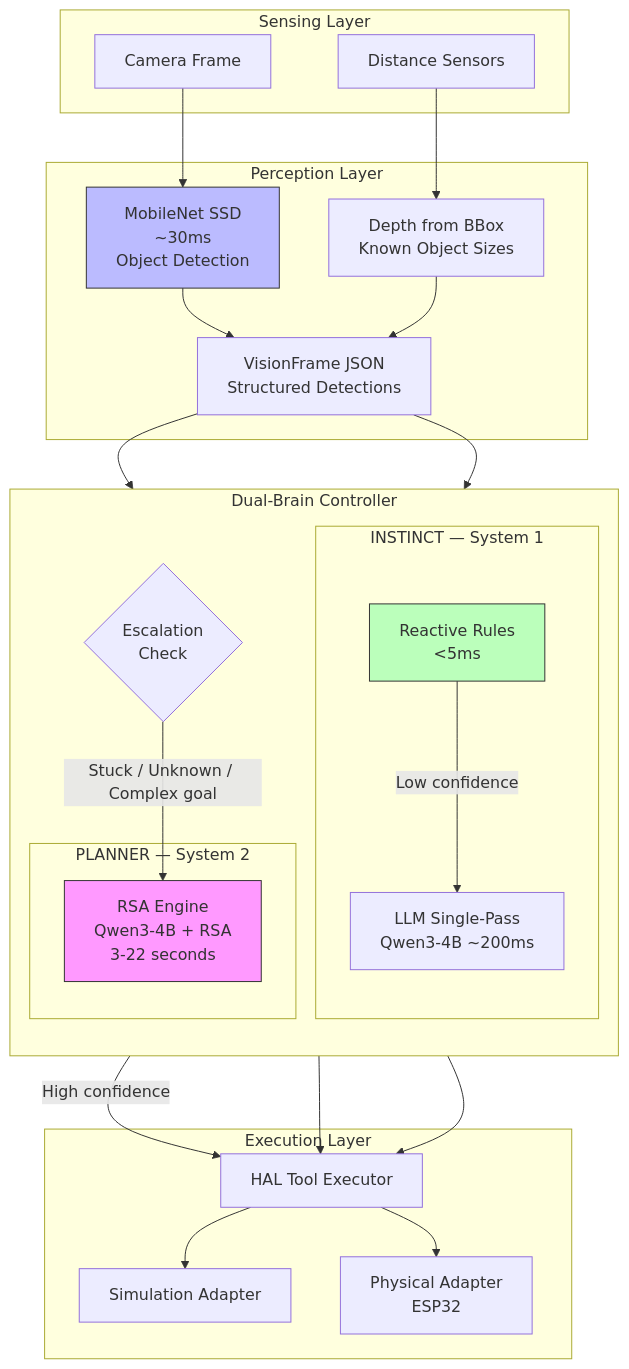
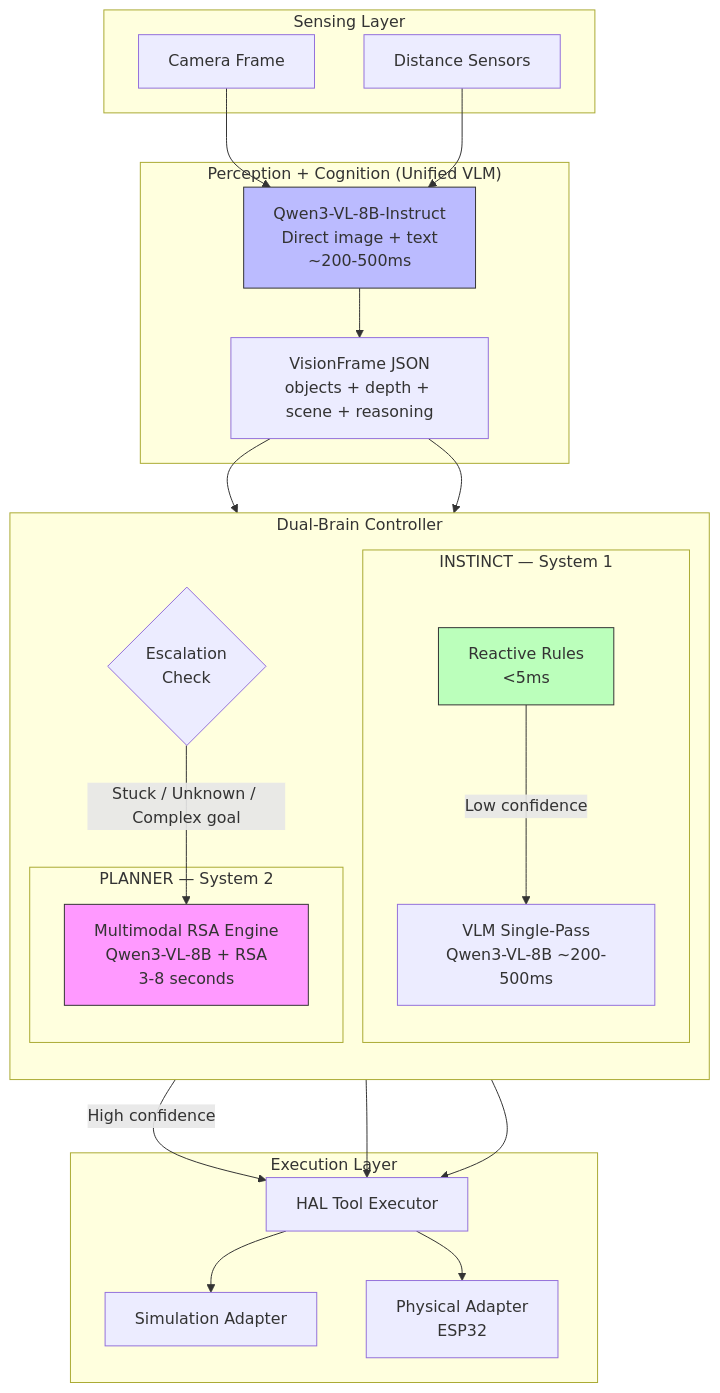
One commit to EvolvingAgentsLabs/llmos changed diagram 29 of 33 in docs/architecture/ARCHITECTURE.md. Above: the diagram before and after it, drawn with Mermaid. The commit also changed other lines of this file and 6 other files, not shown here.

First line of the commit message:
feat: Add multimodal RSA, remove fallback options, focus on Qwen3-VL-8B

````diff
--- a/docs/architecture/ARCHITECTURE.md
+++ b/docs/architecture/ARCHITECTURE.md
@@ -1251,53 +1253,51 @@
 ```mermaid
 graph TB
     subgraph "Sensing Layer"
         CAM[Camera Frame]
         SEN[Distance Sensors]
     end
 
-    subgraph "Perception Layer"
-        MN[MobileNet SSD<br/>~30ms<br/>Object Detection]
-        DF[Depth from BBox<br/>Known Object Sizes]
-        VF[VisionFrame JSON<br/>Structured Detections]
+    subgraph "Perception + Cognition (Unified VLM)"
+        VLM[Qwen3-VL-8B-Instruct<br/>Direct image + text<br/>~200-500ms]
+        VF[VisionFrame JSON<br/>objects + depth + scene + reasoning]
     end
 
     subgraph "Dual-Brain Controller"
         direction TB
         subgraph "INSTINCT — System 1"
             RI[Reactive Rules<br/>&lt;5ms]
-            LI[LLM Single-Pass<br/>Qwen3-4B ~200ms]
+            LI[VLM Single-Pass<br/>Qwen3-VL-8B ~200-500ms]
         end
 
         subgraph "PLANNER — System 2"
-            RSA[RSA Engine<br/>Qwen3-4B + RSA<br/>3-22 seconds]
+            RSA[Multimodal RSA Engine<br/>Qwen3-VL-8B + RSA<br/>3-8 seconds]
         end
 
         ESC{Escalation<br/>Check}
     end
 
     subgraph "Execution Layer"
         HAL[HAL Tool Executor]
         SIM[Simulation Adapter]
         PHY[Physical Adapter<br/>ESP32]
     end
 
-    CAM --> MN
-    SEN --> DF
-    MN --> VF
-    DF --> VF
+    CAM --> VLM
+    SEN --> VLM
+    VLM --> VF
 
     VF --> RI
     VF --> ESC
     RI --> |High confidence| HAL
     RI --> |Low confidence| LI
     ESC --> |Stuck / Unknown / Complex goal| RSA
     LI --> HAL
     RSA --> HAL
 
     HAL --> SIM
     HAL --> PHY
 
     style RSA fill:#f9f,stroke:#333
     style RI fill:#bfb,stroke:#333
-    style MN fill:#bbf,stroke:#333
+    style VLM fill:#bbf,stroke:#333
 ```
````
